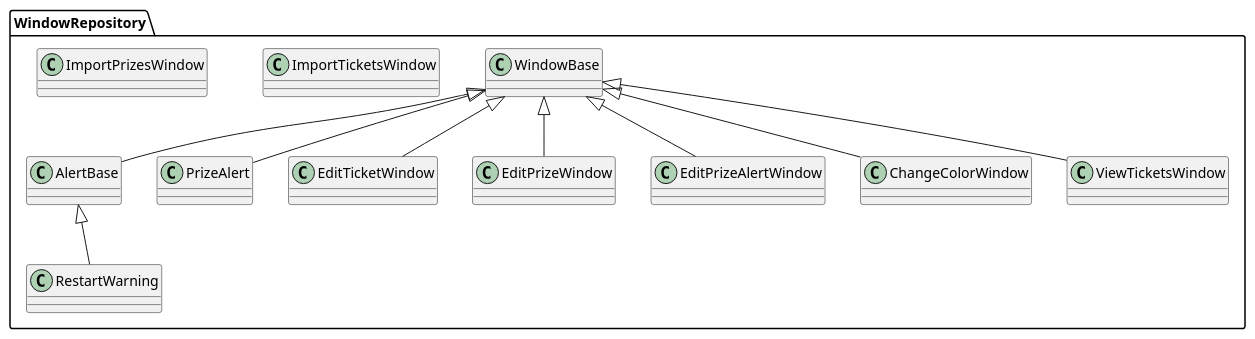
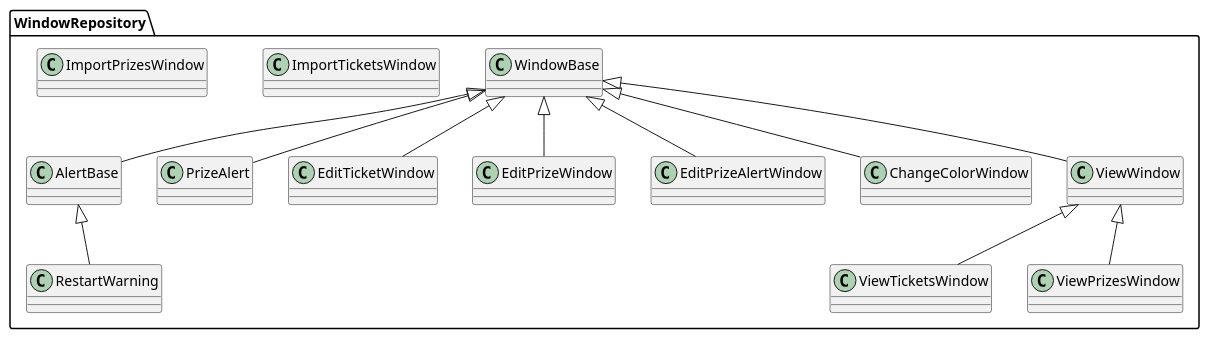
The diagram in docs/Windows_HLD.md (KaravolisL/AHEPA-Raffle), drawn with PlantUML before and after one commit. The commit also changed 7 other files, not shown here.

````diff
--- a/docs/Windows_HLD.md
+++ b/docs/Windows_HLD.md
@@ -3,28 +3,32 @@
 ```plantuml
 
 package WindowRepository {
 
 class WindowBase
 class AlertBase
 class PrizeAlert
 class RestartWarning
 class ImportTicketsWindow
 class ImportPrizesWindow
 class EditTicketWindow
 class EditPrizeWindow
 class EditPrizeAlertWindow
 class ChangeColorWindow
+class ViewWindow
 class ViewTicketsWindow
+class ViewPrizesWindow
 
 WindowBase <|-- AlertBase
 WindowBase <|-- PrizeAlert
 WindowBase <|-- EditTicketWindow
 WindowBase <|-- EditPrizeWindow
 WindowBase <|-- EditPrizeAlertWindow
 WindowBase <|-- ChangeColorWindow
-WindowBase <|-- ViewTicketsWindow
+WindowBase <|-- ViewWindow
+ViewWindow <|-- ViewTicketsWindow
+ViewWindow <|-- ViewPrizesWindow
 AlertBase <|-- RestartWarning
 
 }
 
 ```
````
